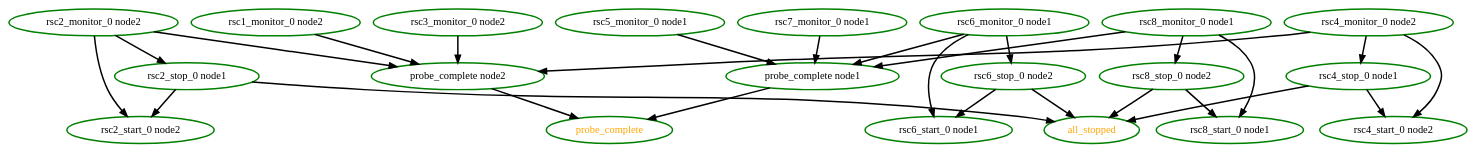
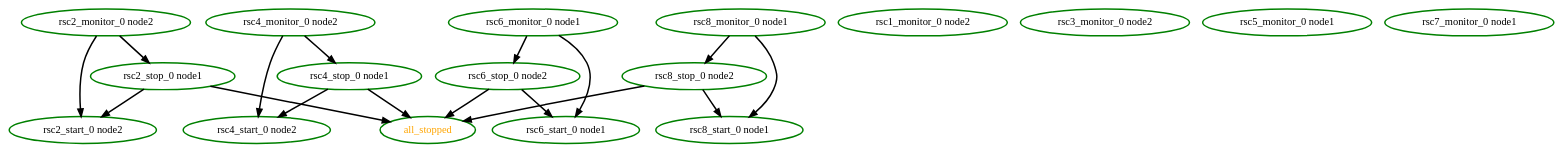
One commit to ClusterLabs/pacemaker changed the diagram in pengine/test10/order6.dot. Above: the diagram before and after it, drawn with Graphviz. The commit also changed 1336 other files, not shown here.

First line of the commit message:
Feature: PE: drop probe_complete actions

```diff
--- a/pengine/test10/order6.dot
+++ b/pengine/test10/order6.dot
@@ -1,48 +1,35 @@
  digraph "g" {
 "all_stopped" [ style=bold color="green" fontcolor="orange" ]
-"probe_complete node1" -> "probe_complete" [ style = bold]
-"probe_complete node1" [ style=bold color="green" fontcolor="black" ]
-"probe_complete node2" -> "probe_complete" [ style = bold]
-"probe_complete node2" [ style=bold color="green" fontcolor="black" ]
-"probe_complete" [ style=bold color="green" fontcolor="orange" ]
-"rsc1_monitor_0 node2" -> "probe_complete node2" [ style = bold]
 "rsc1_monitor_0 node2" [ style=bold color="green" fontcolor="black" ]
-"rsc2_monitor_0 node2" -> "probe_complete node2" [ style = bold]
 "rsc2_monitor_0 node2" -> "rsc2_start_0 node2" [ style = bold]
 "rsc2_monitor_0 node2" -> "rsc2_stop_0 node1" [ style = bold]
 "rsc2_monitor_0 node2" [ style=bold color="green" fontcolor="black" ]
 "rsc2_start_0 node2" [ style=bold color="green" fontcolor="black" ]
 "rsc2_stop_0 node1" -> "all_stopped" [ style = bold]
 "rsc2_stop_0 node1" -> "rsc2_start_0 node2" [ style = bold]
 "rsc2_stop_0 node1" [ style=bold color="green" fontcolor="black" ]
-"rsc3_monitor_0 node2" -> "probe_complete node2" [ style = bold]
 "rsc3_monitor_0 node2" [ style=bold color="green" fontcolor="black" ]
-"rsc4_monitor_0 node2" -> "probe_complete node2" [ style = bold]
 "rsc4_monitor_0 node2" -> "rsc4_start_0 node2" [ style = bold]
 "rsc4_monitor_0 node2" -> "rsc4_stop_0 node1" [ style = bold]
 "rsc4_monitor_0 node2" [ style=bold color="green" fontcolor="black" ]
 "rsc4_start_0 node2" [ style=bold color="green" fontcolor="black" ]
 "rsc4_stop_0 node1" -> "all_stopped" [ style = bold]
 "rsc4_stop_0 node1" -> "rsc4_start_0 node2" [ style = bold]
 "rsc4_stop_0 node1" [ style=bold color="green" fontcolor="black" ]
-"rsc5_monitor_0 node1" -> "probe_complete node1" [ style = bold]
 "rsc5_monitor_0 node1" [ style=bold color="green" fontcolor="black" ]
-"rsc6_monitor_0 node1" -> "probe_complete node1" [ style = bold]
 "rsc6_monitor_0 node1" -> "rsc6_start_0 node1" [ style = bold]
 "rsc6_monitor_0 node1" -> "rsc6_stop_0 node2" [ style = bold]
 "rsc6_monitor_0 node1" [ style=bold color="green" fontcolor="black" ]
 "rsc6_start_0 node1" [ style=bold color="green" fontcolor="black" ]
 "rsc6_stop_0 node2" -> "all_stopped" [ style = bold]
 "rsc6_stop_0 node2" -> "rsc6_start_0 node1" [ style = bold]
 "rsc6_stop_0 node2" [ style=bold color="green" fontcolor="black" ]
-"rsc7_monitor_0 node1" -> "probe_complete node1" [ style = bold]
 "rsc7_monitor_0 node1" [ style=bold color="green" fontcolor="black" ]
-"rsc8_monitor_0 node1" -> "probe_complete node1" [ style = bold]
 "rsc8_monitor_0 node1" -> "rsc8_start_0 node1" [ style = bold]
 "rsc8_monitor_0 node1" -> "rsc8_stop_0 node2" [ style = bold]
 "rsc8_monitor_0 node1" [ style=bold color="green" fontcolor="black" ]
 "rsc8_start_0 node1" [ style=bold color="green" fontcolor="black" ]
 "rsc8_stop_0 node2" -> "all_stopped" [ style = bold]
 "rsc8_stop_0 node2" -> "rsc8_start_0 node1" [ style = bold]
 "rsc8_stop_0 node2" [ style=bold color="green" fontcolor="black" ]
 }
```
